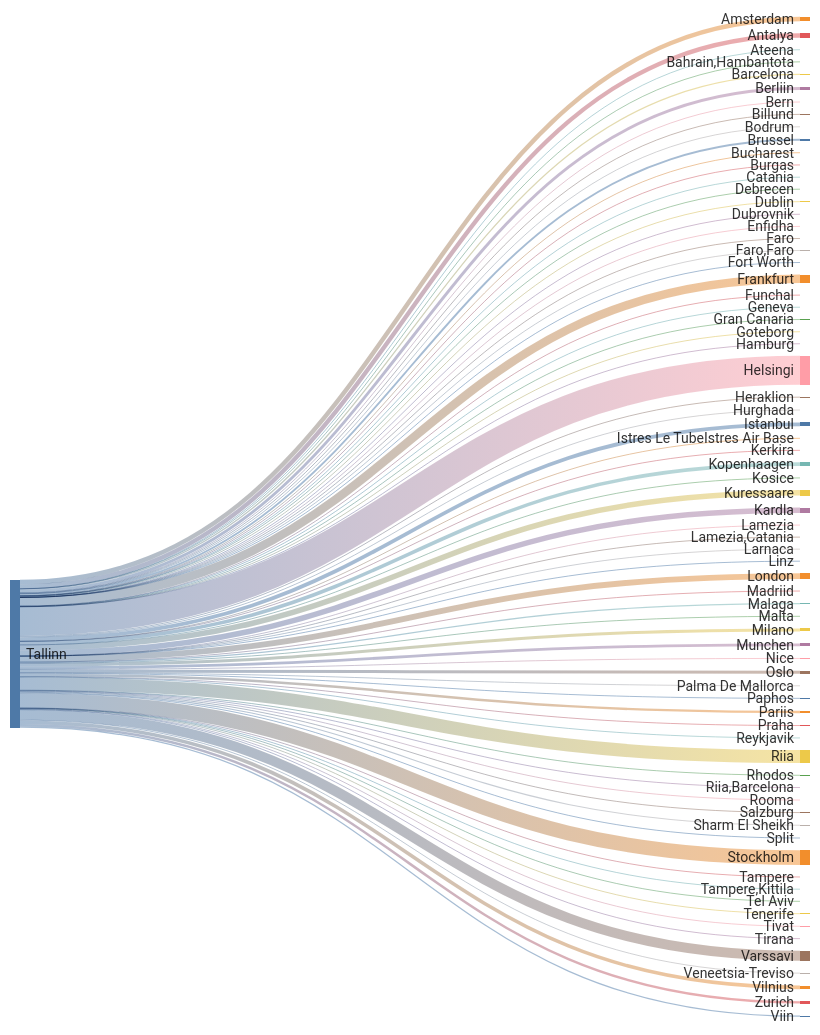
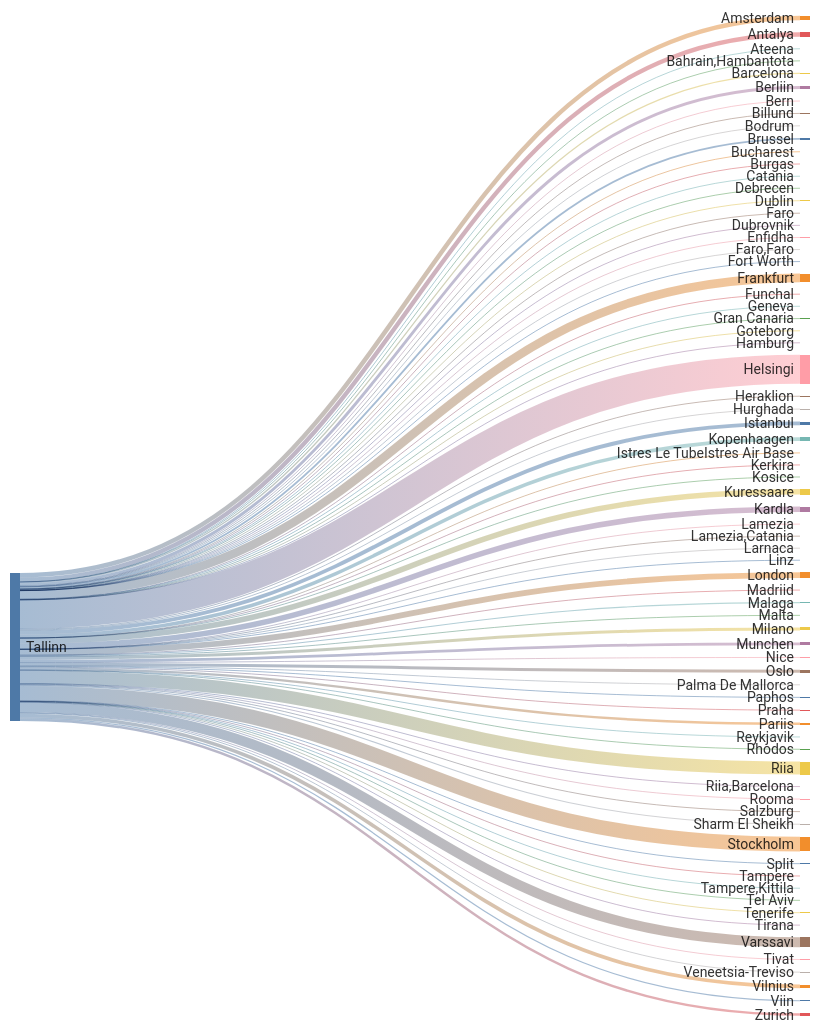
One commit to rainermesi/tll-airport-departures changed the second of 2 diagrams in README.md. Above: the diagram before and after it, drawn with Mermaid. The commit also changed other lines of this file and 1 other file, not shown here.

````diff
--- a/README.md
+++ b/README.md
@@ -41,18 +41,18 @@
 ---
 sankey-beta
 %% source,target,value
-Tallinn,Amsterdam,381
-Tallinn,Antalya,367
+Tallinn,Amsterdam,383
+Tallinn,Antalya,370
 Tallinn,Ateena,16
 Tallinn,"Bahrain,Hambantota",1
-Tallinn,Barcelona,105
+Tallinn,Barcelona,107
 Tallinn,Berliin,248
 Tallinn,Bern,1
-Tallinn,Billund,62
+Tallinn,Billund,63
 Tallinn,Bodrum,11
 Tallinn,Brussel,158
 Tallinn,Bucharest,1
-Tallinn,Burgas,37
+Tallinn,Burgas,38
 Tallinn,Catania,2
 Tallinn,Debrecen,1
 Tallinn,Dublin,80
@@ -61,58 +61,58 @@
 Tallinn,Faro,4
 Tallinn,"Faro,Faro",1
 Tallinn,Fort Worth,1
-Tallinn,Frankfurt,730
+Tallinn,Frankfurt,733
 Tallinn,Funchal,5
 Tallinn,Geneva,13
 Tallinn,Gran Canaria,38
 Tallinn,Goteborg,1
 Tallinn,Hamburg,2
-Tallinn,Helsingi,2471
-Tallinn,Heraklion,70
+Tallinn,Helsingi,2480
+Tallinn,Heraklion,71
 Tallinn,Hurghada,75
-Tallinn,Istanbul,327
+Tallinn,Istanbul,328
 Tallinn,Istres Le TubeIstres Air Base,2
 Tallinn,Kerkira,4
 Tallinn,Kopenhaagen,304
 Tallinn,Kosice,1
-Tallinn,Kuressaare,475
-Tallinn,Kardla,475
+Tallinn,Kuressaare,476
+Tallinn,Kardla,476
 Tallinn,Lamezia,1
 Tallinn,"Lamezia,Catania",3
 Tallinn,Larnaca,4
 Tallinn,Linz,2
-Tallinn,London,498
+Tallinn,London,499
 Tallinn,Madriid,1
-Tallinn,Malaga,97
-Tallinn,Malta,21
+Tallinn,Malaga,98
+Tallinn,Malta,22
 Tallinn,Milano,257
 Tallinn,Munchen,236
 Tallinn,Nice,37
 Tallinn,Oslo,256
-Tallinn,Palma De Mallorca,25
+Tallinn,Palma De Mallorca,26
 Tallinn,Paphos,66
 Tallinn,Pariis,207
 Tallinn,Praha,65
-Tallinn,Reykjavik,5
+Tallinn,Reykjavik,6
 Tallinn,Rhodos,45
-Tallinn,Riia,1112
+Tallinn,Riia,1116
 Tallinn,"Riia,Barcelona",1
 Tallinn,Rooma,80
 Tallinn,Salzburg,14
 Tallinn,Sharm El Sheikh,96
 Tallinn,Split,38
-Tallinn,Stockholm,1249
+Tallinn,Stockholm,1253
 Tallinn,Tampere,17
 Tallinn,"Tampere,Kittila",21
 Tallinn,Tel Aviv,1
 Tallinn,Tenerife,58
 Tallinn,Tirana,18
 Tallinn,Tivat,44
-Tallinn,Varssavi,854
+Tallinn,Varssavi,857
 Tallinn,Veneetsia-Treviso,67
 Tallinn,Viin,106
 Tallinn,Vilnius,306
-Tallinn,Zurich,212
+Tallinn,Zurich,213
 
 
 ```
````
